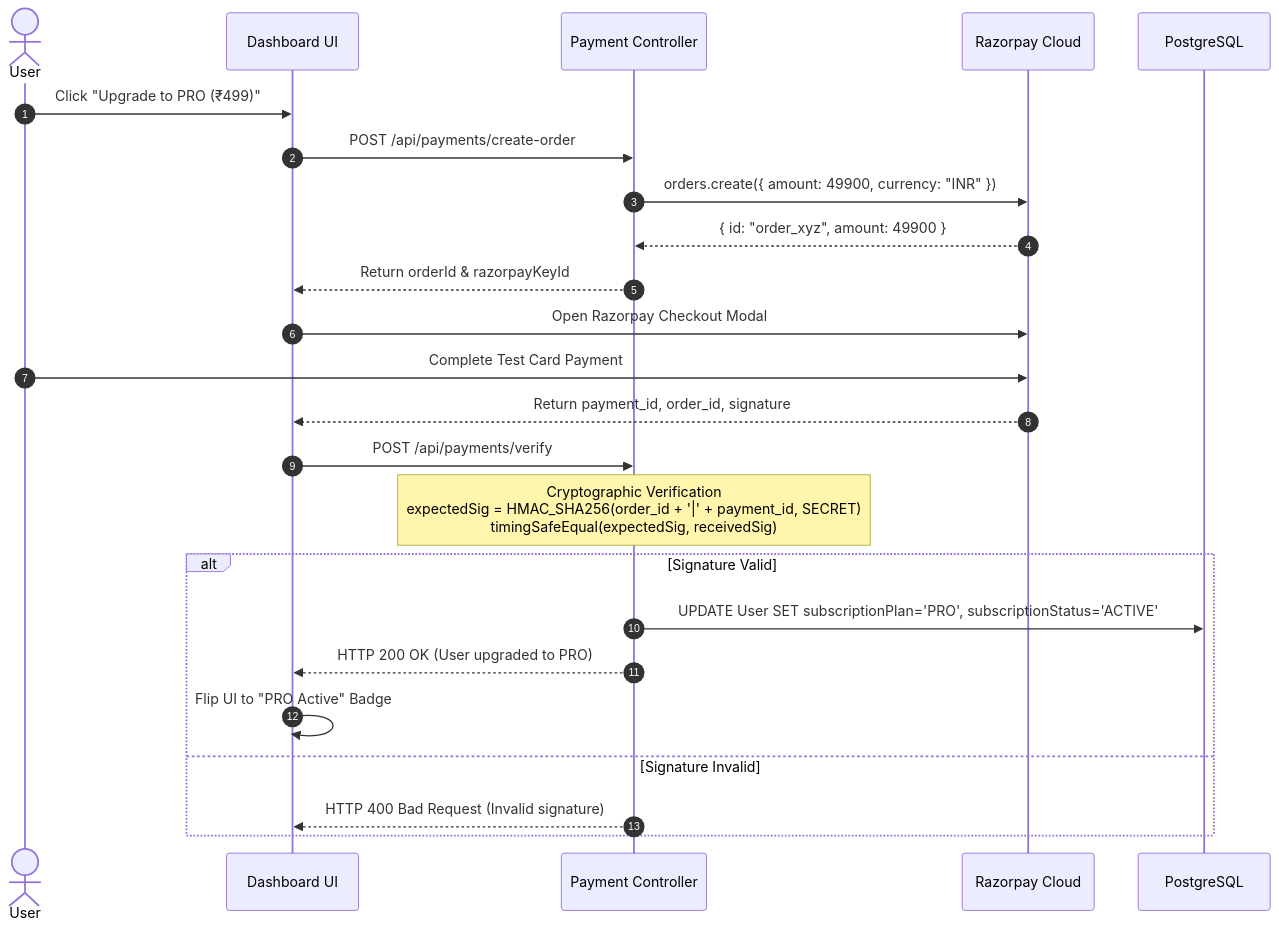
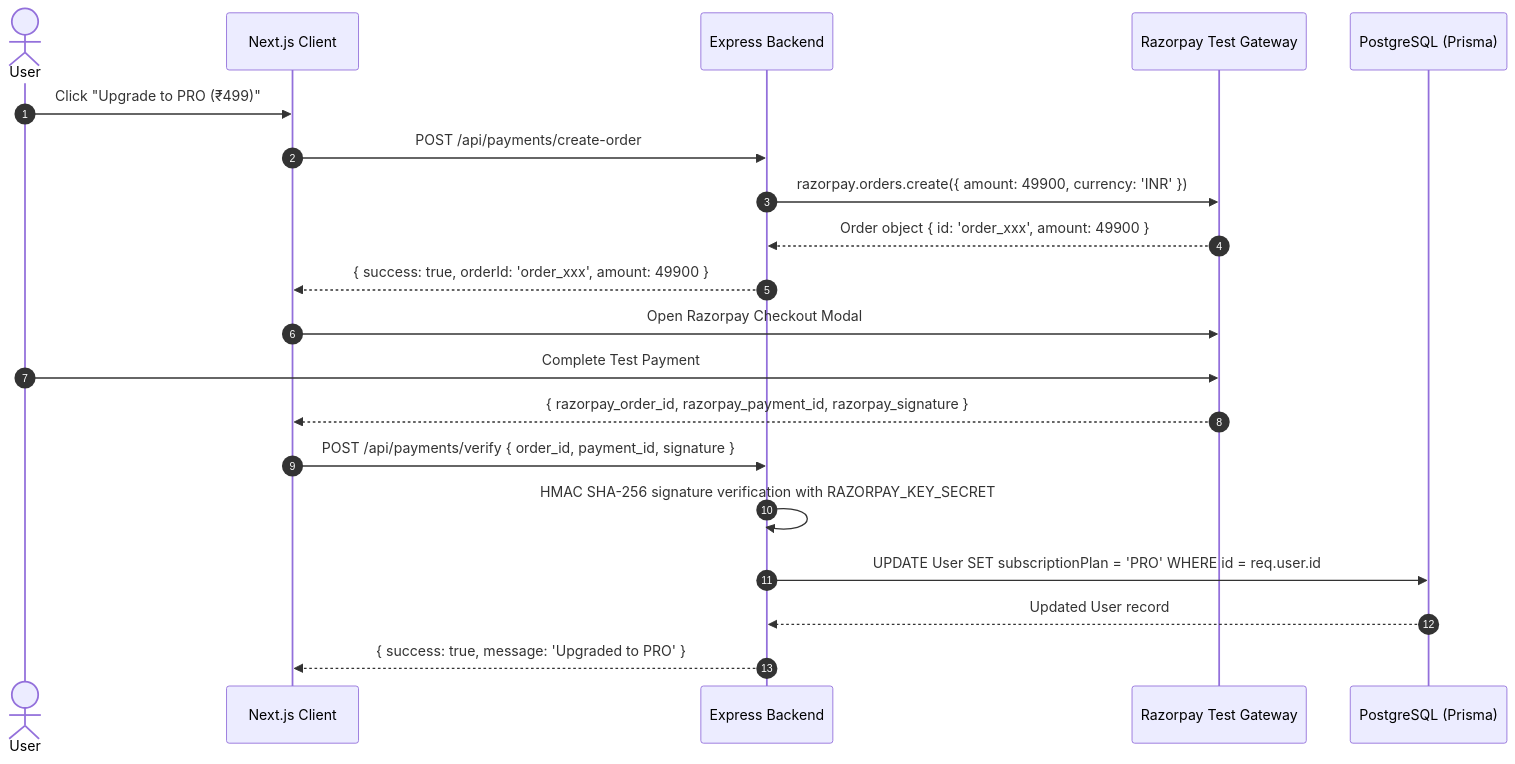
The seventh of 7 diagrams in HLD.md (Digvijay-999/Documind), drawn with Mermaid before and after one commit. The commit also changed other lines of this file and 18 other files, not shown here.

````diff
--- a/HLD.md
+++ b/HLD.md
@@ -227,29 +232,25 @@
 ```mermaid
 sequenceDiagram
     autonumber
-    actor User
-    participant Web as Dashboard UI
-    participant API as Payment Controller
-    participant Razorpay as Razorpay Cloud
-    participant PG as PostgreSQL
+    actor User as User
+    participant Frontend as Next.js Client
+    participant Backend as Express Backend
+    participant Razorpay as Razorpay Test Gateway
+    participant DB as PostgreSQL (Prisma)
 
-    User->>Web: Click "Upgrade to PRO (₹499)"
-    Web->>API: POST /api/payments/create-order
-    API->>Razorpay: orders.create({ amount: 49900, currency: "INR" })
-    Razorpay-->>API: { id: "order_xyz", amount: 49900 }
-    API-->>Web: Return orderId & razorpayKeyId
-    Web->>Razorpay: Open Razorpay Checkout Modal
-    User->>Razorpay: Complete Test Card Payment
-    Razorpay-->>Web: Return payment_id, order_id, signature
-    Web->>API: POST /api/payments/verify
-    
-    Note over API: Cryptographic Verification<br/>expectedSig = HMAC_SHA256(order_id + '|' + payment_id, SECRET)<br/>timingSafeEqual(expectedSig, receivedSig)
-    
-    alt Signature Valid
-        API->>PG: UPDATE User SET subscriptionPlan='PRO', subscriptionStatus='ACTIVE'
-        API-->>Web: HTTP 200 OK (User upgraded to PRO)
-        Web->>Web: Flip UI to "PRO Active" Badge
-    else Signature Invalid
-        API-->>Web: HTTP 400 Bad Request (Invalid signature)
-    end
+    User->>Frontend: Click "Upgrade to PRO (₹499)"
+    Frontend->>Backend: POST /api/payments/create-order
+    Backend->>Razorpay: razorpay.orders.create({ amount: 49900, currency: 'INR' })
+    Razorpay-->>Backend: Order object { id: 'order_xxx', amount: 49900 }
+    Backend-->>Frontend: { success: true, orderId: 'order_xxx', amount: 49900 }
+
+    Frontend->>Razorpay: Open Razorpay Checkout Modal
+    User->>Razorpay: Complete Test Payment
+    Razorpay-->>Frontend: { razorpay_order_id, razorpay_payment_id, razorpay_signature }
+
+    Frontend->>Backend: POST /api/payments/verify { order_id, payment_id, signature }
+    Backend->>Backend: HMAC SHA-256 signature verification with RAZORPAY_KEY_SECRET
+    Backend->>DB: UPDATE User SET subscriptionPlan = 'PRO' WHERE id = req.user.id
+    DB-->>Backend: Updated User record
+    Backend-->>Frontend: { success: true, message: 'Upgraded to PRO' }
 ```
````
